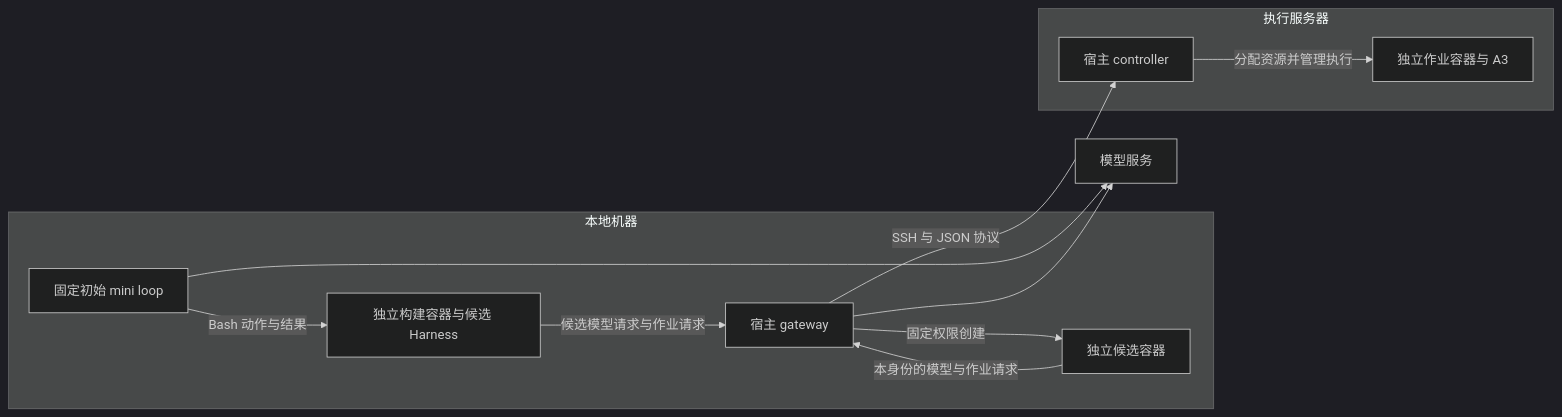
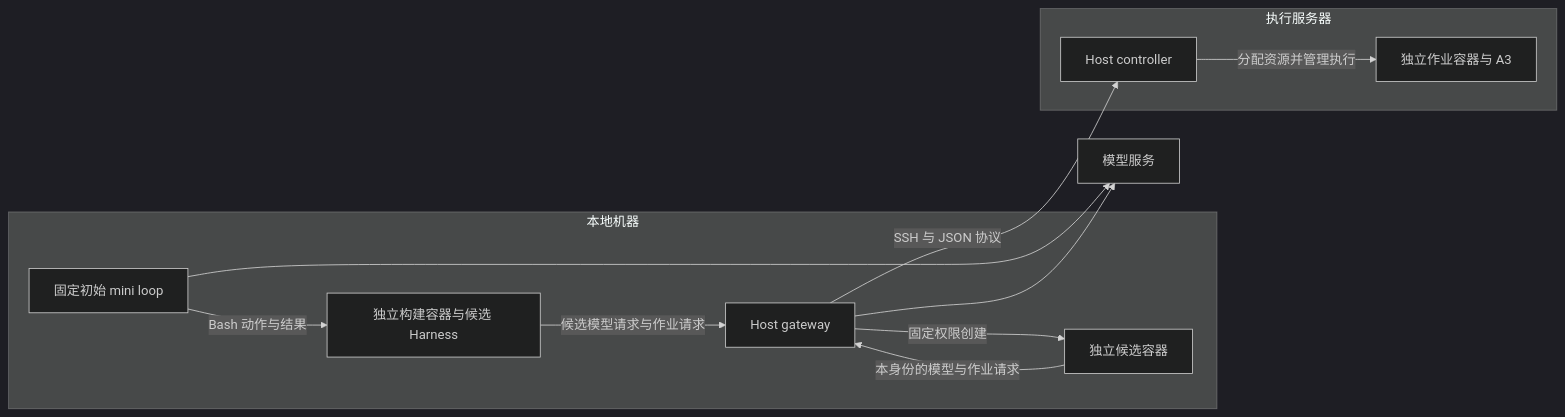
Before and after one commit to dove667/a3-autoresearch-agent: the diagram in docs/rsi-cold-start.md, drawn with Mermaid (dark theme). The commit also changed other lines of this file and 21 other files, not shown here.

````diff
--- a/docs/rsi-cold-start.md
+++ b/docs/rsi-cold-start.md
@@ -16,22 +16,22 @@
 ```mermaid
 flowchart LR
     subgraph Local[本地机器]
         Initial[固定初始 mini loop]
         Build[独立构建容器与候选 Harness]
-        Gateway[宿主 gateway]
+        Gateway[Host gateway]
         Candidate[独立候选容器]
         Initial -->|Bash 动作与结果| Build
         Build -->|候选模型请求与作业请求| Gateway
         Gateway -->|固定权限创建| Candidate
         Candidate -->|本身份的模型与作业请求| Gateway
     end
     Provider[模型服务]
     Initial --> Provider
     Gateway --> Provider
     subgraph Remote[执行服务器]
-        Controller[宿主 controller]
+        Controller[Host controller]
         Job[独立作业容器与 A3]
         Controller -->|分配资源并管理执行| Job
     end
     Gateway -->|SSH 与 JSON 协议| Controller
 ```
````
